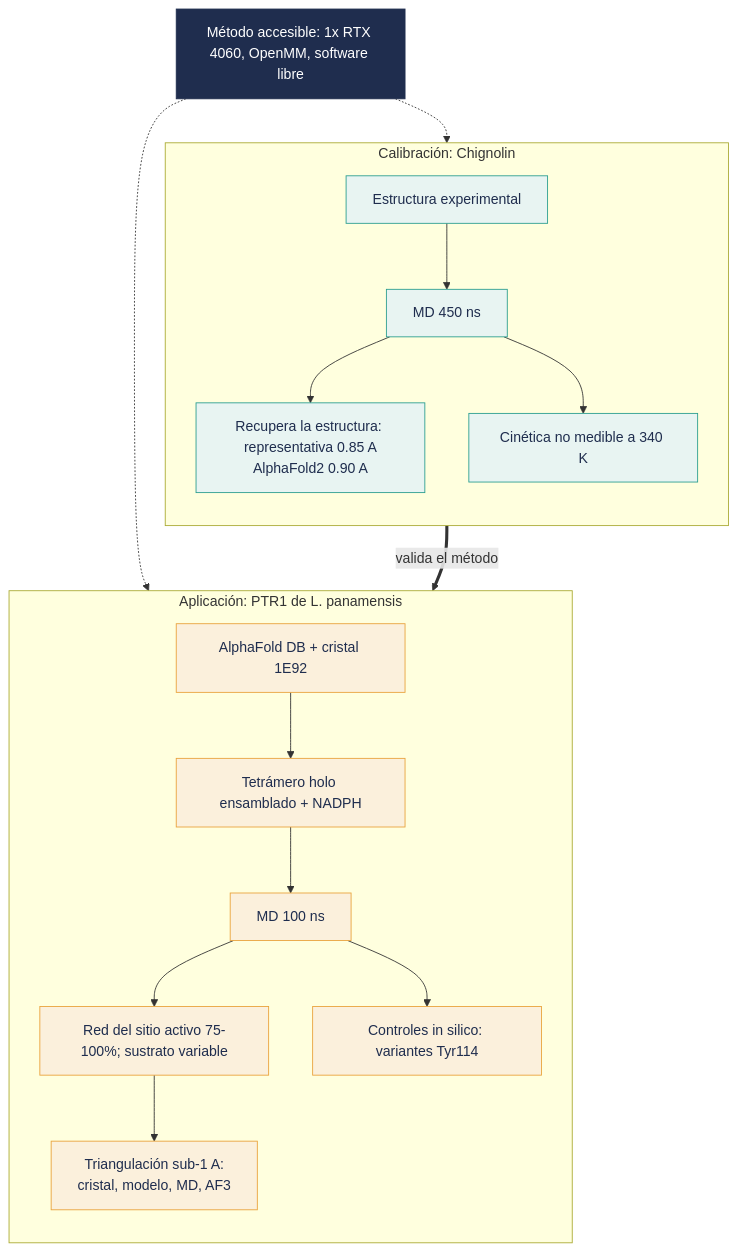
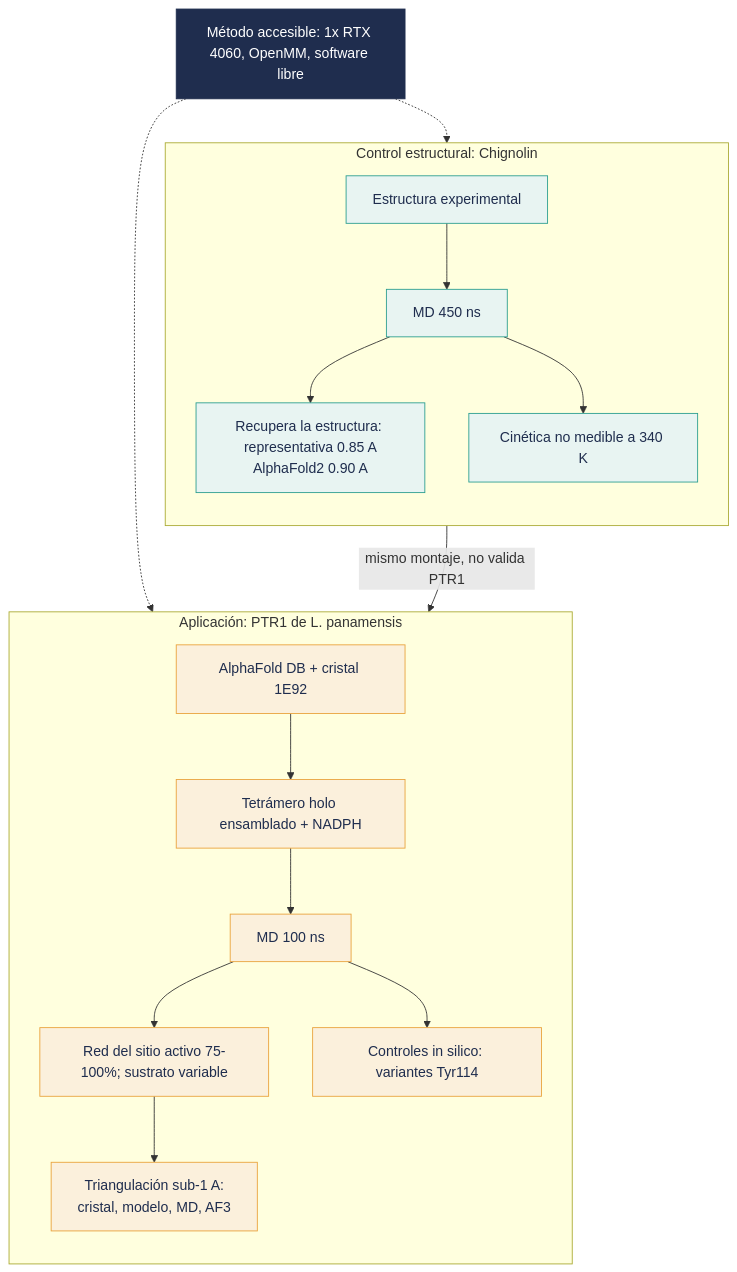
Before and after one commit to cpu-16/ptr1-leishmania-md-gpu: the diagram in README.md, drawn with Mermaid. The commit also changed other lines of this file and 6 other files, not shown here.

First line of the commit message:
Corrige el titulo: calibracion -> control estructural

````diff
--- a/README.md
+++ b/README.md
@@ -44,31 +44,31 @@
 ```mermaid
 flowchart TB
     MET["Método accesible: 1x RTX 4060, OpenMM, software libre"]
 
-    subgraph CAL["Calibración: Chignolin"]
+    subgraph CAL["Control estructural: Chignolin"]
         direction TB
         C1["Estructura experimental"] --> C2["MD 450 ns"]
         C2 --> C3["Recupera la estructura: representativa 0.85 A<br/>AlphaFold2 0.90 A"]
         C2 --> C4["Cinética no medible a 340 K"]
     end
 
     subgraph APP["Aplicación: PTR1 de L. panamensis"]
         direction TB
         P1["AlphaFold DB + cristal 1E92"] --> P2["Tetrámero holo ensamblado + NADPH"]
         P2 --> P3["MD 100 ns"]
         P3 --> P4["Red del sitio activo 75-100%; sustrato variable"]
         P3 --> P5["Controles in silico: variantes Tyr114"]
         P4 --> P6["Triangulación sub-1 A:<br/>cristal, modelo, MD, AF3"]
     end
 
     MET -.-> CAL
     MET -.-> APP
-    CAL ==>|valida el método| APP
+    CAL -->|mismo montaje, no valida PTR1| APP
 
     classDef cal fill:#E8F4F2,stroke:#2A9D8F,color:#1F2D4E;
     classDef app fill:#FBF0DC,stroke:#E9A23B,color:#1F2D4E;
     classDef met fill:#1F2D4E,stroke:#1F2D4E,color:#FFFFFF;
     class C1,C2,C3,C4 cal;
     class P1,P2,P3,P4,P5,P6 app;
     class MET met;
 ```
````
